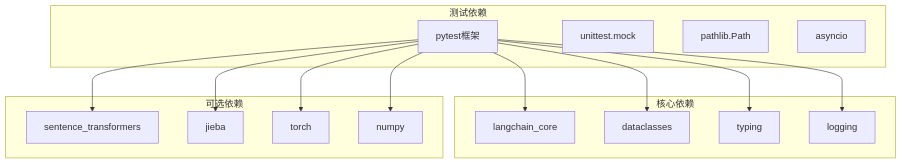
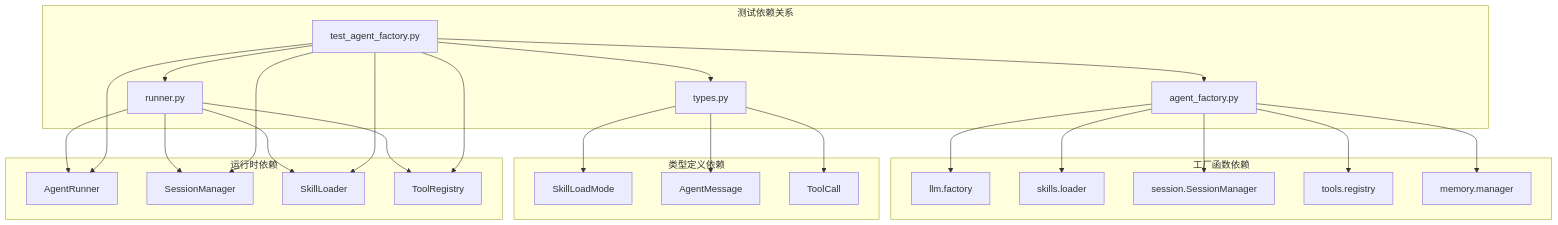
One commit to YU-JI-KUI/ark-agentic changed diagram 14 of 14 in repowiki/zh/content/测试策略/单元测试/智能体工厂单元测试.md. Above: the diagram before and after it, drawn with Mermaid. The commit also changed other lines of this file and 23 other files, not shown here.

````diff
--- a/repowiki/zh/content/测试策略/单元测试/智能体工厂单元测试.md
+++ b/repowiki/zh/content/测试策略/单元测试/智能体工厂单元测试.md
@@ -368,29 +358,30 @@
 ```mermaid
 graph TB
-subgraph "测试依赖"
-T1[pytest框架]
-T2[unittest.mock]
-T3[pathlib.Path]
-T4[asyncio]
+subgraph "测试依赖关系"
+A[test_agent_factory.py] --> B[agent_factory.py]
+A --> C[runner.py]
+A --> D[types.py]
 end
-subgraph "核心依赖"
-C1[langchain_core]
-C2[dataclasses]
-C3[typing]
-C4[logging]
+subgraph "工厂函数依赖"
+B --> E[llm.factory]
+B --> F[skills.loader]
+B --> G[session.SessionManager]
+B --> H[tools.registry]
+B --> I[memory.manager]
 end
-subgraph "可选依赖"
-O1[sentence_transformers]
-O2[jieba]
-O3[torch]
-O4[numpy]
+subgraph "类型定义依赖"
+D --> J[SkillLoadMode]
+D --> K[AgentMessage]
+D --> L[ToolCall]
 end
-T1 --> C1
-T1 --> C2
-T1 --> C3
-T1 --> C4
-T1 --> O1
-T1 --> O2
-T1 --> O3
-T1 --> O4
+subgraph "运行时依赖"
+C --> M[AgentRunner]
+C --> N[SessionManager]
+C --> O[SkillLoader]
+C --> P[ToolRegistry]
+end
+A --> M
+A --> N
+A --> O
+A --> P
 ```
````
